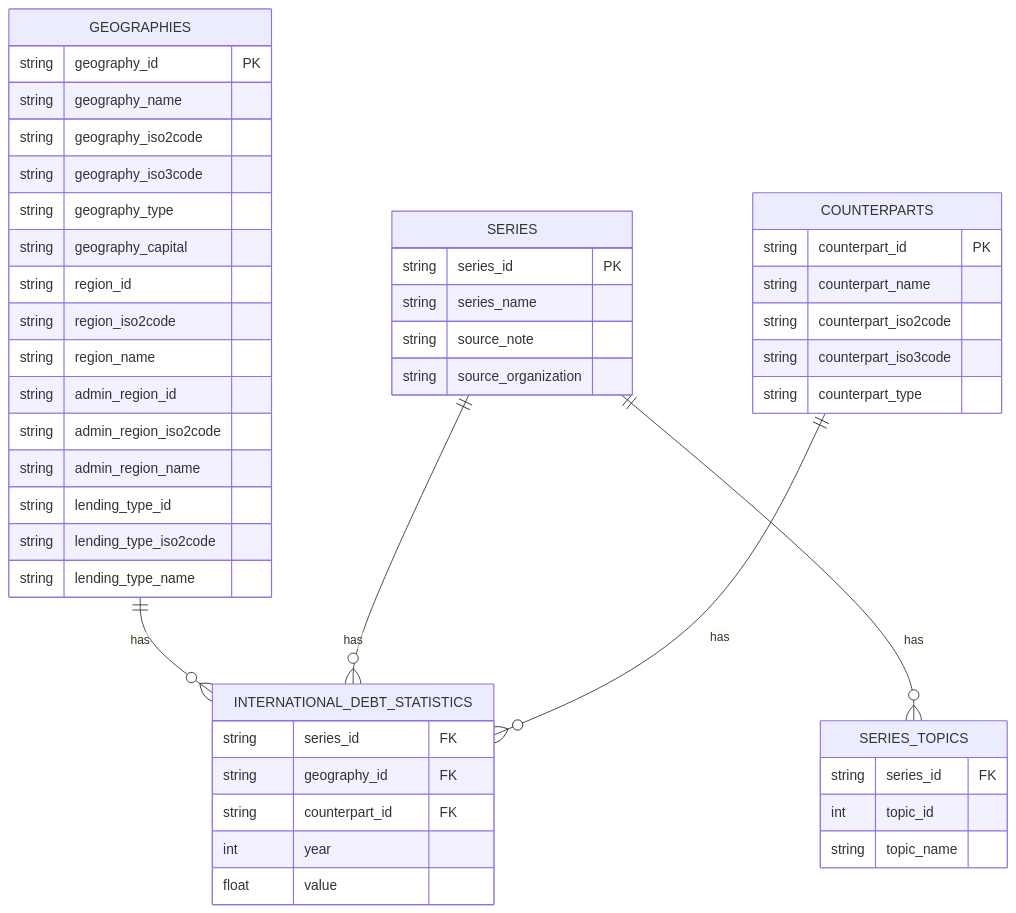
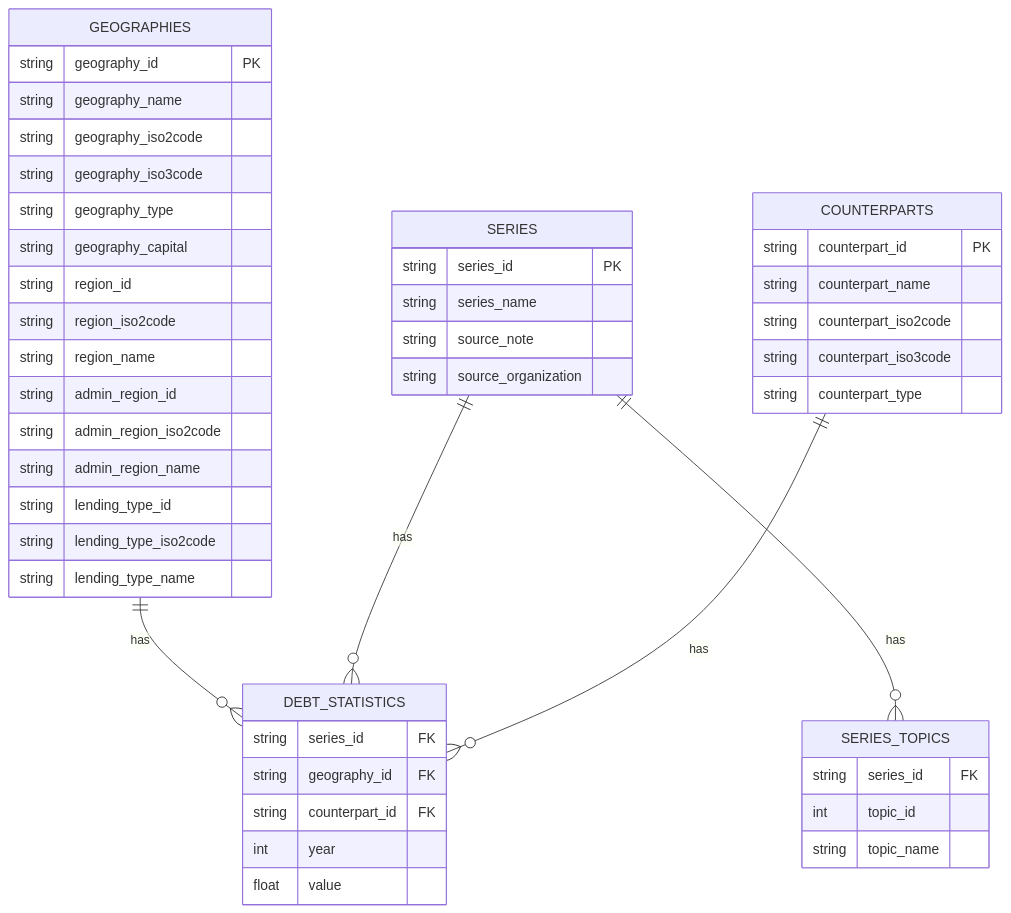
One commit to Teal-Insights/r-wbids changed the diagram in vignettes/data-model.qmd. Above: the diagram before and after it, drawn with Mermaid. The commit also changed other lines of this file, not shown here.

Commit message:
Simplify INTERNATIONAL_DEBT_STATISTICS to DEBT_STATISTICS

````diff
--- a/vignettes/data-model.qmd
+++ b/vignettes/data-model.qmd
@@ -14,51 +14,51 @@
 ```{mermaid}
 %%| fig-width: 12
 %%| fig-height: 8
 erDiagram
-    GEOGRAPHIES ||--o{ INTERNATIONAL_DEBT_STATISTICS : has
+    GEOGRAPHIES ||--o{ DEBT_STATISTICS : has
     GEOGRAPHIES {
         string geography_id PK
         string geography_name
         string geography_iso2code
         string geography_iso3code
         string geography_type
         string geography_capital
         string region_id
         string region_iso2code
         string region_name
         string admin_region_id
         string admin_region_iso2code
         string admin_region_name
         string lending_type_id
         string lending_type_iso2code
         string lending_type_name
     }
-    SERIES ||--o{ INTERNATIONAL_DEBT_STATISTICS : has
+    SERIES ||--o{ DEBT_STATISTICS : has
     SERIES ||--o{ SERIES_TOPICS : has
     SERIES {
         string series_id PK
         string series_name
         string source_note
         string source_organization
     }
-    COUNTERPARTS ||--o{ INTERNATIONAL_DEBT_STATISTICS : has
+    COUNTERPARTS ||--o{ DEBT_STATISTICS : has
     COUNTERPARTS {
         string counterpart_id PK
         string counterpart_name
         string counterpart_iso2code
         string counterpart_iso3code
         string counterpart_type
     }
     SERIES_TOPICS {
         string series_id FK
         int topic_id 
         string topic_name 
     }
-    INTERNATIONAL_DEBT_STATISTICS {
+    DEBT_STATISTICS {
         string series_id FK
         string geography_id FK
         string counterpart_id FK
         int year
         float value
     }
 ```
````
